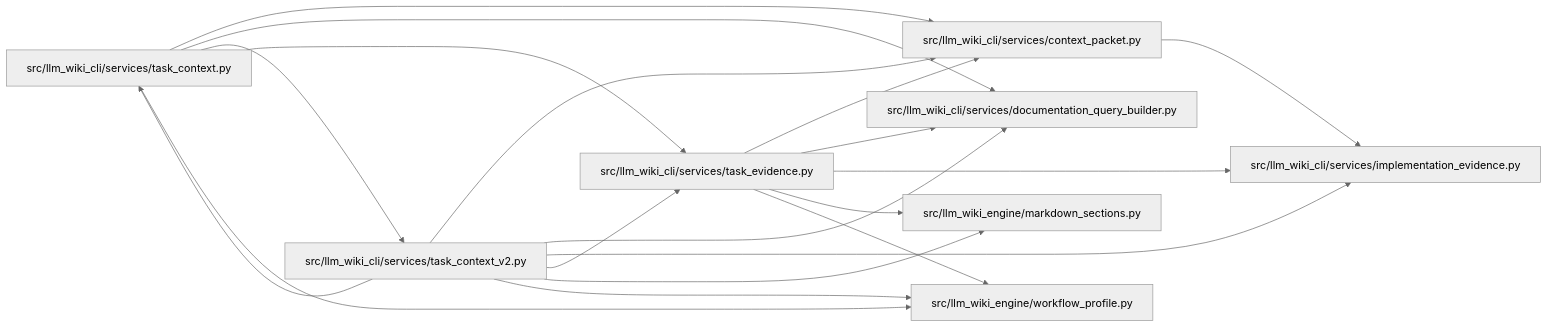
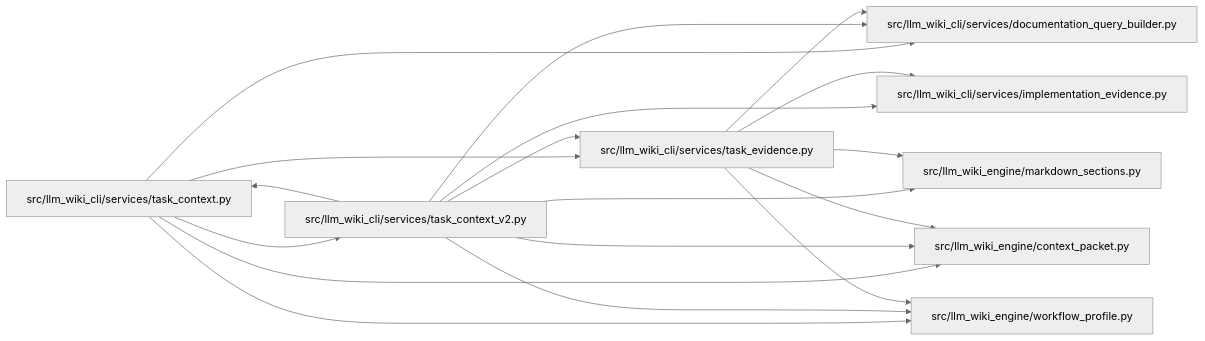
Before and after one commit to Denissvgn/python-wiki-llm: the diagram in docs/llm_wiki/modules/task_evidence.md, drawn with Mermaid (neutral theme). The commit also changed other lines of this file and 577 other files, not shown here.

Commit message:
docs: refresh the wiki for the engine context packet

````diff
--- a/docs/llm_wiki/modules/task_evidence.md
+++ b/docs/llm_wiki/modules/task_evidence.md
@@ -25,37 +25,36 @@
 ```mermaid
 flowchart LR
-    n0["src/llm_wiki_cli/services/context_packet.py"]
-    n1["src/llm_wiki_cli/services/documentation_query_builder.py"]
-    n2["src/llm_wiki_cli/services/implementation_evidence.py"]
-    n3["src/llm_wiki_cli/services/task_context.py"]
-    n4["src/llm_wiki_cli/services/task_context_v2.py"]
-    n5["src/llm_wiki_cli/services/task_evidence.py"]
+    n0["src/llm_wiki_cli/services/documentation_query_builder.py"]
+    n1["src/llm_wiki_cli/services/implementation_evidence.py"]
+    n2["src/llm_wiki_cli/services/task_context.py"]
+    n3["src/llm_wiki_cli/services/task_context_v2.py"]
+    n4["src/llm_wiki_cli/services/task_evidence.py"]
+    n5["src/llm_wiki_engine/context_packet.py"]
     n6["src/llm_wiki_engine/markdown_sections.py"]
     n7["src/llm_wiki_engine/workflow_profile.py"]
-    n0 --> n2
+    n2 --> n0
+    n2 --> n3
+    n2 --> n4
+    n2 --> n5
+    n2 --> n7
     n3 --> n0
     n3 --> n1
+    n3 --> n2
     n3 --> n4
     n3 --> n5
+    n3 --> n6
     n3 --> n7
     n4 --> n0
     n4 --> n1
-    n4 --> n2
-    n4 --> n3
     n4 --> n5
     n4 --> n6
     n4 --> n7
-    n5 --> n0
-    n5 --> n1
-    n5 --> n2
-    n5 --> n6
-    n5 --> n7
-    click n0 "../modules/context_packet.md"
-    click n1 "../modules/documentation_query_builder.md"
-    click n2 "../modules/implementation_evidence.md"
-    click n3 "../modules/task_context.md"
-    click n4 "../modules/task_context_v2.md"
-    click n5 "../modules/task_evidence.md"
+    click n0 "../modules/documentation_query_builder.md"
+    click n1 "../modules/implementation_evidence.md"
+    click n2 "../modules/task_context.md"
+    click n3 "../modules/task_context_v2.md"
+    click n4 "../modules/task_evidence.md"
+    click n5 "../modules/context_packet.md"
     click n6 "../modules/markdown_sections.md"
     click n7 "../modules/workflow_profile.md"
 ```
````
